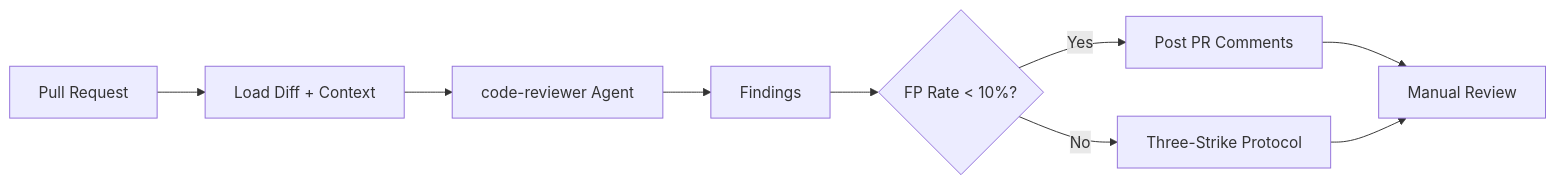
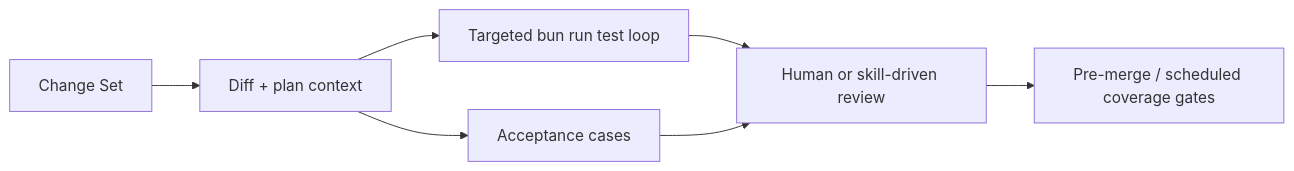
One commit to greenpill-dev-guild/green-goods changed the diagram in docs/docs/builders/quality/agentic-eval.mdx. Above: the diagram before and after it, drawn with Mermaid. The commit also changed other lines of this file and 43 other files, not shown here.

````diff
--- a/docs/docs/builders/quality/agentic-eval.mdx
+++ b/docs/docs/builders/quality/agentic-eval.mdx
@@ -20,11 +20,9 @@
 ```mermaid
 flowchart LR
-    PR[Pull Request] --> Diff[Load Diff + Context]
-    Diff --> Agent[code-reviewer Agent]
-    Agent --> Findings[Findings]
-    Findings --> Filter{FP Rate < 10%?}
-    Filter --> |Yes| Post[Post PR Comments]
-    Filter --> |No| Strike[Three-Strike Protocol]
-    Post --> Human[Manual Review]
-    Strike --> Human
+    Change[Change Set] --> Diff[Diff + plan context]
+    Diff --> Tests[Targeted bun run test loop]
+    Diff --> Acceptance[Acceptance cases]
+    Tests --> Review[Human or skill-driven review]
+    Acceptance --> Review
+    Review --> Merge[Pre-merge / scheduled coverage gates]
 ```
````
